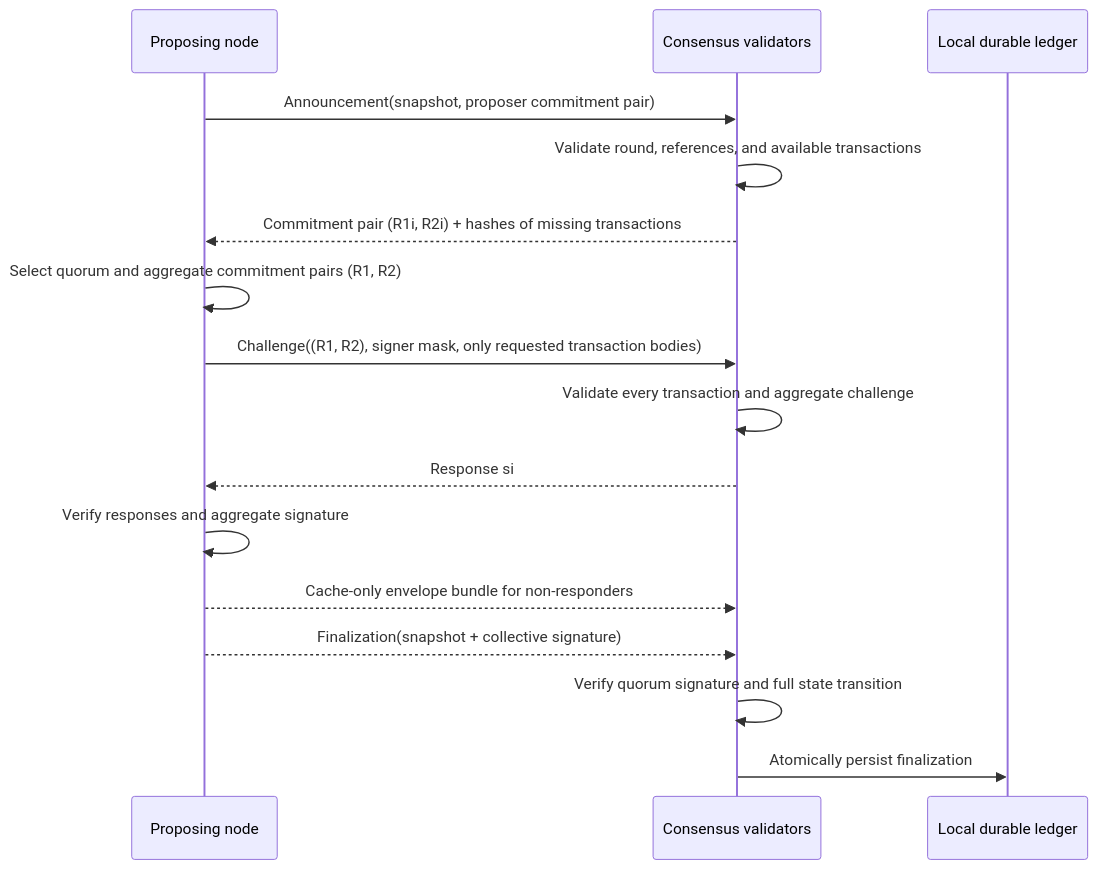
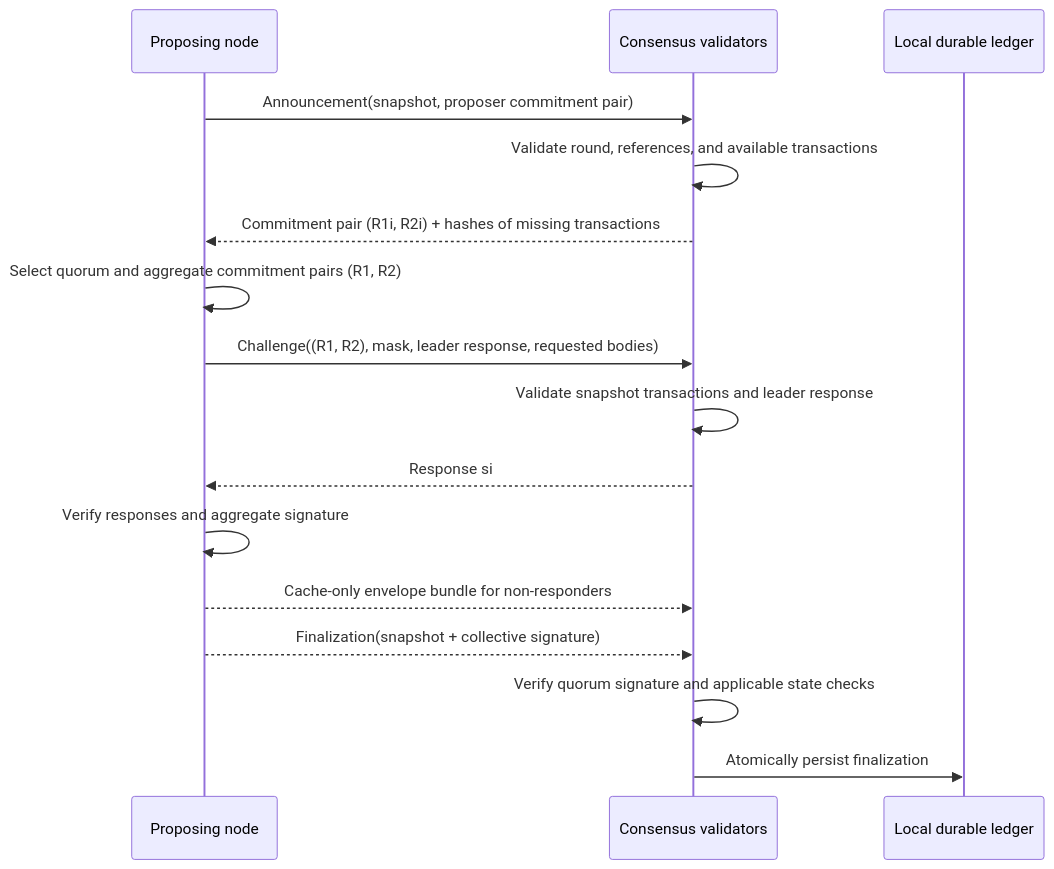
Before and after one commit to MixinNetwork/mixin: the fifth of 6 diagrams in doc/mixin-kernel-technical-paper.md, drawn with Mermaid. The commit also changed other lines of this file and 5 other files, not shown here.

````diff
--- a/doc/mixin-kernel-technical-paper.md
+++ b/doc/mixin-kernel-technical-paper.md
@@ -454,19 +463,19 @@
 ```mermaid
 sequenceDiagram
     participant P as Proposing node
     participant V as Consensus validators
     participant L as Local durable ledger
 
     P->>V: Announcement(snapshot, proposer commitment pair)
     V->>V: Validate round, references, and available transactions
     V-->>P: Commitment pair (R1i, R2i) + hashes of missing transactions
     P->>P: Select quorum and aggregate commitment pairs (R1, R2)
-    P->>V: Challenge((R1, R2), signer mask, only requested transaction bodies)
-    V->>V: Validate every transaction and aggregate challenge
+    P->>V: Challenge((R1, R2), mask, leader response, requested bodies)
+    V->>V: Validate snapshot transactions and leader response
     V-->>P: Response si
     P->>P: Verify responses and aggregate signature
     P-->>V: Cache-only envelope bundle for non-responders
     P-->>V: Finalization(snapshot + collective signature)
-    V->>V: Verify quorum signature and full state transition
+    V->>V: Verify quorum signature and applicable state checks
     V->>L: Atomically persist finalization
 ```
````
